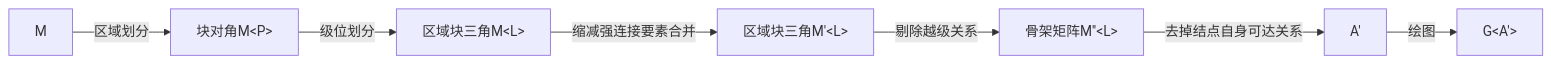
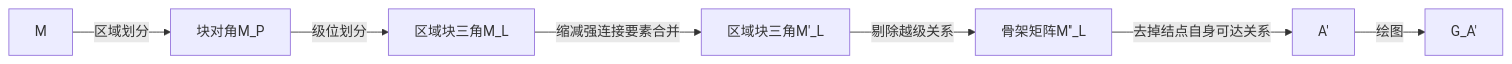
Before and after one commit to Tridu33/ZERO-Starting-AI-Planning-in-PDDL-Descripted-World: diagram 19 of 29 in docs/SolversBaseOnPDDL/GP_Numerical/图法QNP.md, drawn with Mermaid. The commit also changed other lines of this file and 25 other files, not shown here.

````diff
--- a/docs/SolversBaseOnPDDL/GP_Numerical/图法QNP.md
+++ b/docs/SolversBaseOnPDDL/GP_Numerical/图法QNP.md
@@ -689,9 +682,9 @@
 ```mermaid
 graph LR;
-　　M -->|区域划分| 块对角M&ltP&gt;
-　　块对角M&ltP&gt --> |级位划分| 区域块三角M&ltL&gt;
-　　区域块三角M&ltL&gt --> |缩减强连接要素合并| 区域块三角M'&ltL&gt;
-　　区域块三角M'&ltL&gt --> |剔除越级关系| 骨架矩阵M''&ltL&gt;
-　　骨架矩阵M''&ltL&gt --> |去掉结点自身可达关系| A';
-　　A' --> |绘图| G&ltA'&gt;
+　　M -->|区域划分| 块对角M_P;
+　　块对角M_P --> |级位划分| 区域块三角M_L;
+　　区域块三角M_L --> |缩减强连接要素合并| 区域块三角M'_L;
+　　区域块三角M'_L --> |剔除越级关系| 骨架矩阵M''_L;
+　　骨架矩阵M''_L --> |去掉结点自身可达关系| A';
+　　A' --> |绘图| G_A';
 ```
````
